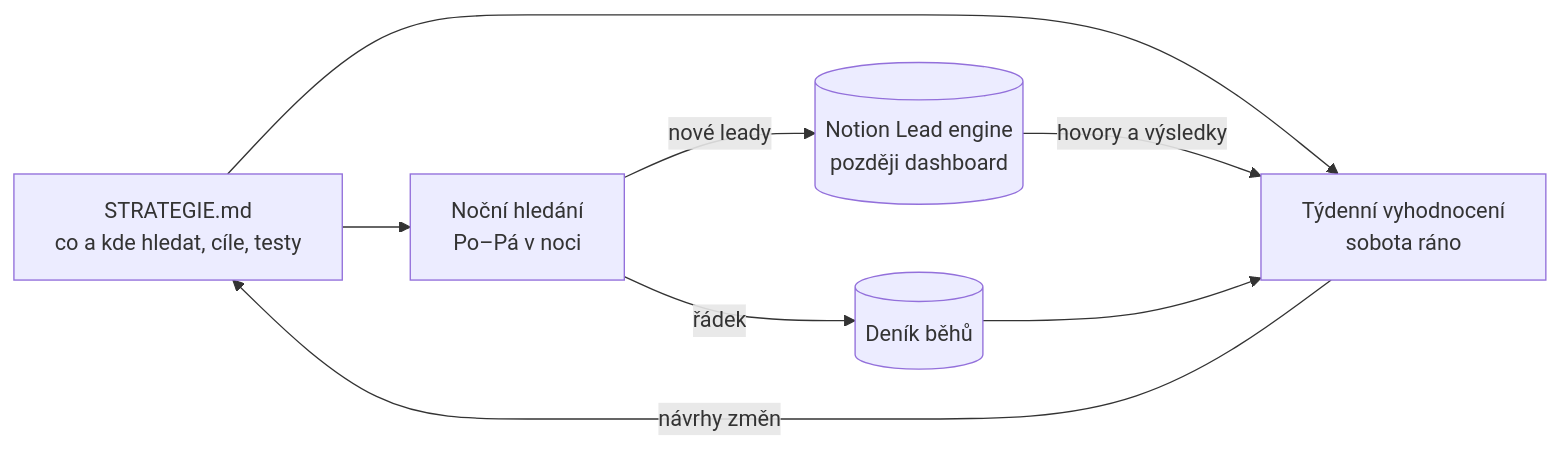
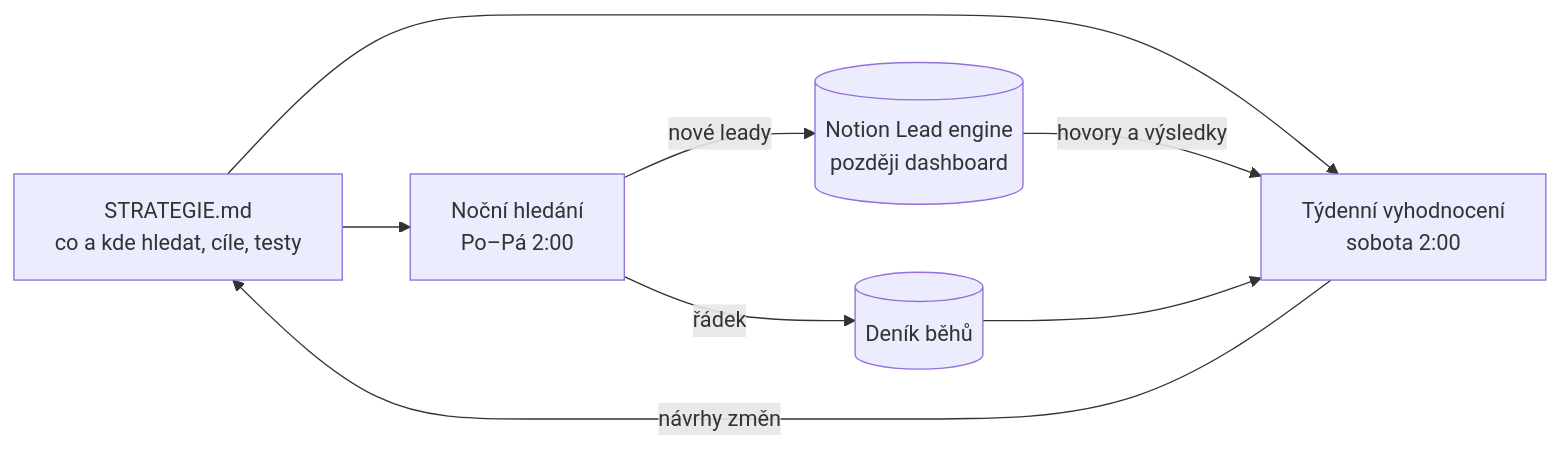
The second of 2 diagrams in tools/lead-system/README.md (webkit-studio/webkit-studio), drawn with Mermaid before and after one commit. The commit also changed other lines of this file and 3 other files, not shown here.

First line of the commit message:
Lead systém: jedna rutina, v sobotu vyhodnocení

````diff
--- a/tools/lead-system/README.md
+++ b/tools/lead-system/README.md
@@ -21,10 +28,10 @@
 ```mermaid
 flowchart LR
   S[STRATEGIE.md<br>co a kde hledat, cíle, testy] --> N
   S --> T
-  N[Noční hledání<br>Po–Pá v noci] -->|nové leady| L[(Notion Lead engine<br>později dashboard)]
+  N[Noční hledání<br>Po–Pá 2:00] -->|nové leady| L[(Notion Lead engine<br>později dashboard)]
   N -->|řádek| D[(Deník běhů)]
-  L -->|hovory a výsledky| T[Týdenní vyhodnocení<br>sobota ráno]
+  L -->|hovory a výsledky| T[Týdenní vyhodnocení<br>sobota 2:00]
   D --> T
   T -->|návrhy změn| S
 ```
````
